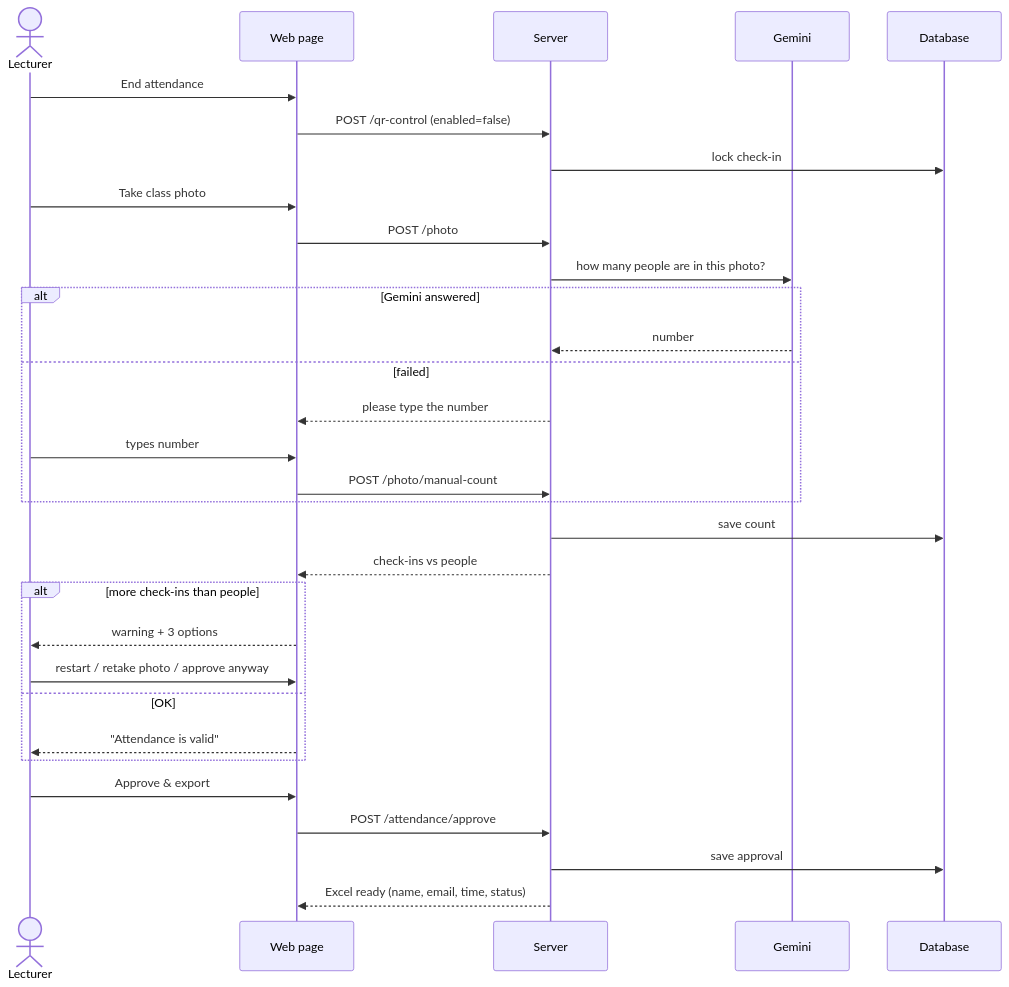
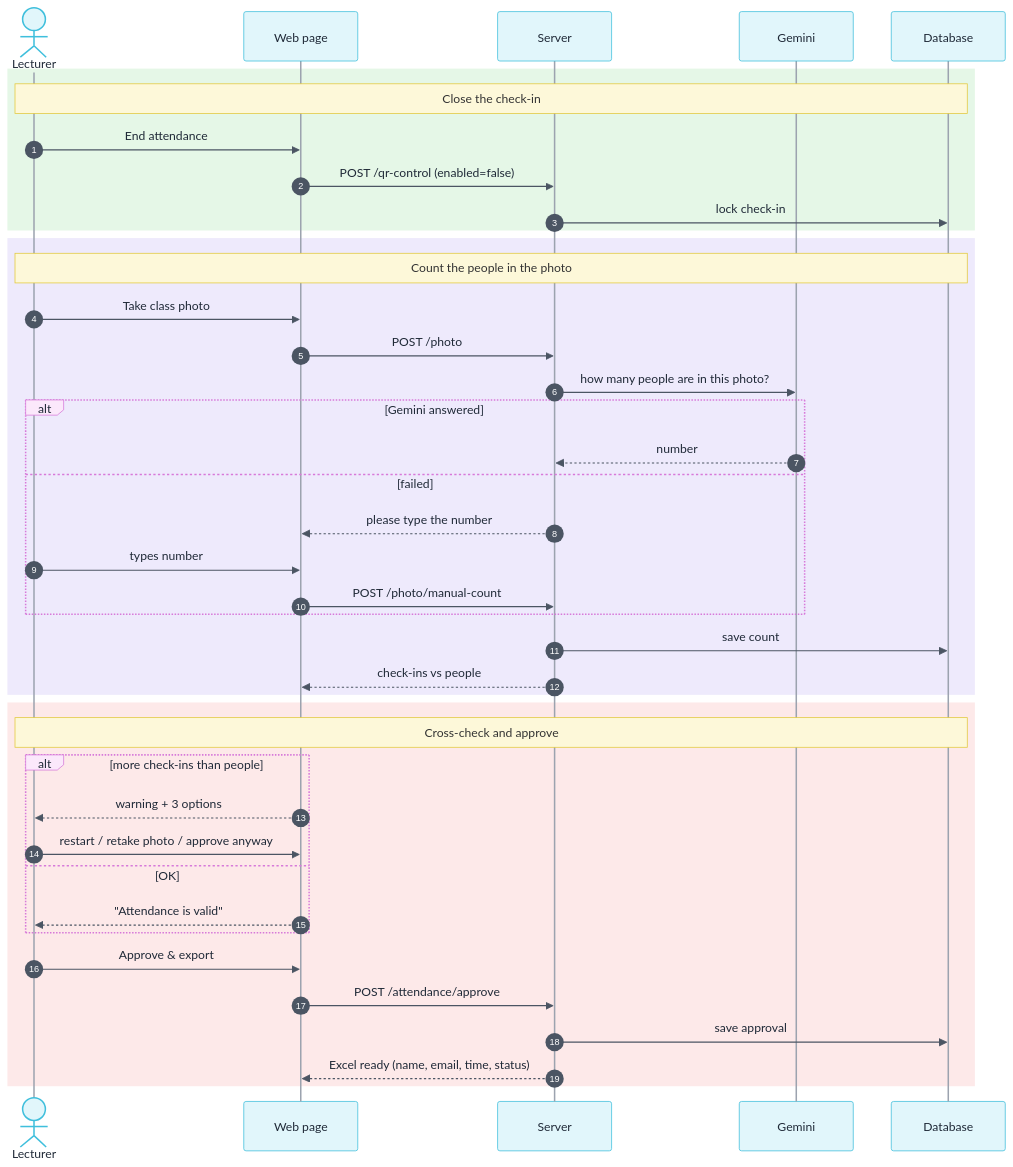
Before and after one commit to YairCohen3/OOP-Ex2: the third of 5 diagrams in Documents/Class and Sequence Diagrams.md, drawn with Mermaid. The commit also changed other lines of this file, not shown here.

````diff
--- a/Documents/Class and Sequence Diagrams.md
+++ b/Documents/Class and Sequence Diagrams.md
@@ -195,35 +252,47 @@
 ```mermaid
+%%{init: {"theme": "base", "themeVariables": {"actorBkg": "#e1f6fb", "actorBorder": "#3fbfdc", "actorTextColor": "#1f2937", "actorLineColor": "#9ca3af", "signalColor": "#4b5563", "signalTextColor": "#1f2937", "labelBoxBkgColor": "#fbe8fb", "labelBoxBorderColor": "#d77ad9", "loopTextColor": "#1f2937", "noteBkgColor": "#fdf8d9", "noteBorderColor": "#e2c83c", "activationBkgColor": "#e5f7e7", "sequenceNumberColor": "#ffffff"}}}%%
 sequenceDiagram
+    autonumber
     actor L as Lecturer
     participant UI as Web page
     participant API as Server
     participant G as Gemini
     participant DB as Database
 
-    L->>UI: End attendance
-    UI->>API: POST /qr-control (enabled=false)
-    API->>DB: lock check-in
-    L->>UI: Take class photo
-    UI->>API: POST /photo
-    API->>G: how many people are in this photo?
-    alt Gemini answered
-        G-->>API: number
-    else failed
-        API-->>UI: please type the number
-        L->>UI: types number
-        UI->>API: POST /photo/manual-count
+    rect rgb(229, 247, 231)
+        Note over L,DB: Close the check-in
+        L->>UI: End attendance
+        UI->>API: POST /qr-control (enabled=false)
+        API->>DB: lock check-in
     end
-    API->>DB: save count
-    API-->>UI: check-ins vs people
 
-    alt more check-ins than people
-        UI-->>L: warning + 3 options
-        L->>UI: restart / retake photo / approve anyway
-    else OK
-        UI-->>L: "Attendance is valid"
+    rect rgb(238, 234, 252)
+        Note over L,DB: Count the people in the photo
+        L->>UI: Take class photo
+        UI->>API: POST /photo
+        API->>G: how many people are in this photo?
+        alt Gemini answered
+            G-->>API: number
+        else failed
+            API-->>UI: please type the number
+            L->>UI: types number
+            UI->>API: POST /photo/manual-count
+        end
+        API->>DB: save count
+        API-->>UI: check-ins vs people
     end
-    L->>UI: Approve & export
-    UI->>API: POST /attendance/approve
-    API->>DB: save approval
-    API-->>UI: Excel ready (name, email, time, status)
+
+    rect rgb(253, 233, 233)
+        Note over L,DB: Cross-check and approve
+        alt more check-ins than people
+            UI-->>L: warning + 3 options
+            L->>UI: restart / retake photo / approve anyway
+        else OK
+            UI-->>L: "Attendance is valid"
+        end
+        L->>UI: Approve & export
+        UI->>API: POST /attendance/approve
+        API->>DB: save approval
+        API-->>UI: Excel ready (name, email, time, status)
+    end
 ```
````
